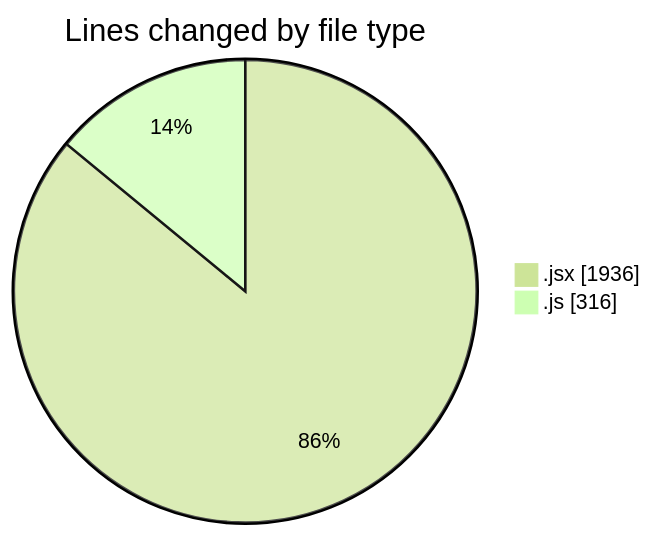
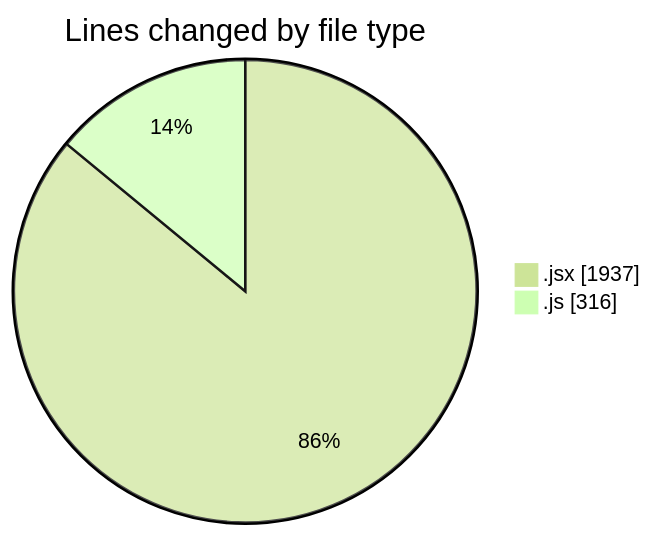
One commit to nxtqubesakshisongat/code-tracking changed the first of 2 diagrams in 2025-07-13/argos/README.md. Above: the diagram before and after it, drawn with Mermaid (forest theme). The commit also changed other lines of this file and 1 other file, not shown here.

````diff
--- a/2025-07-13/argos/README.md
+++ b/2025-07-13/argos/README.md
@@ -21,6 +21,6 @@
 ```mermaid
 pie showData
 title Lines changed by file type
-".jsx" : 1936
+".jsx" : 1937
 ".js" : 316
 ```
````
